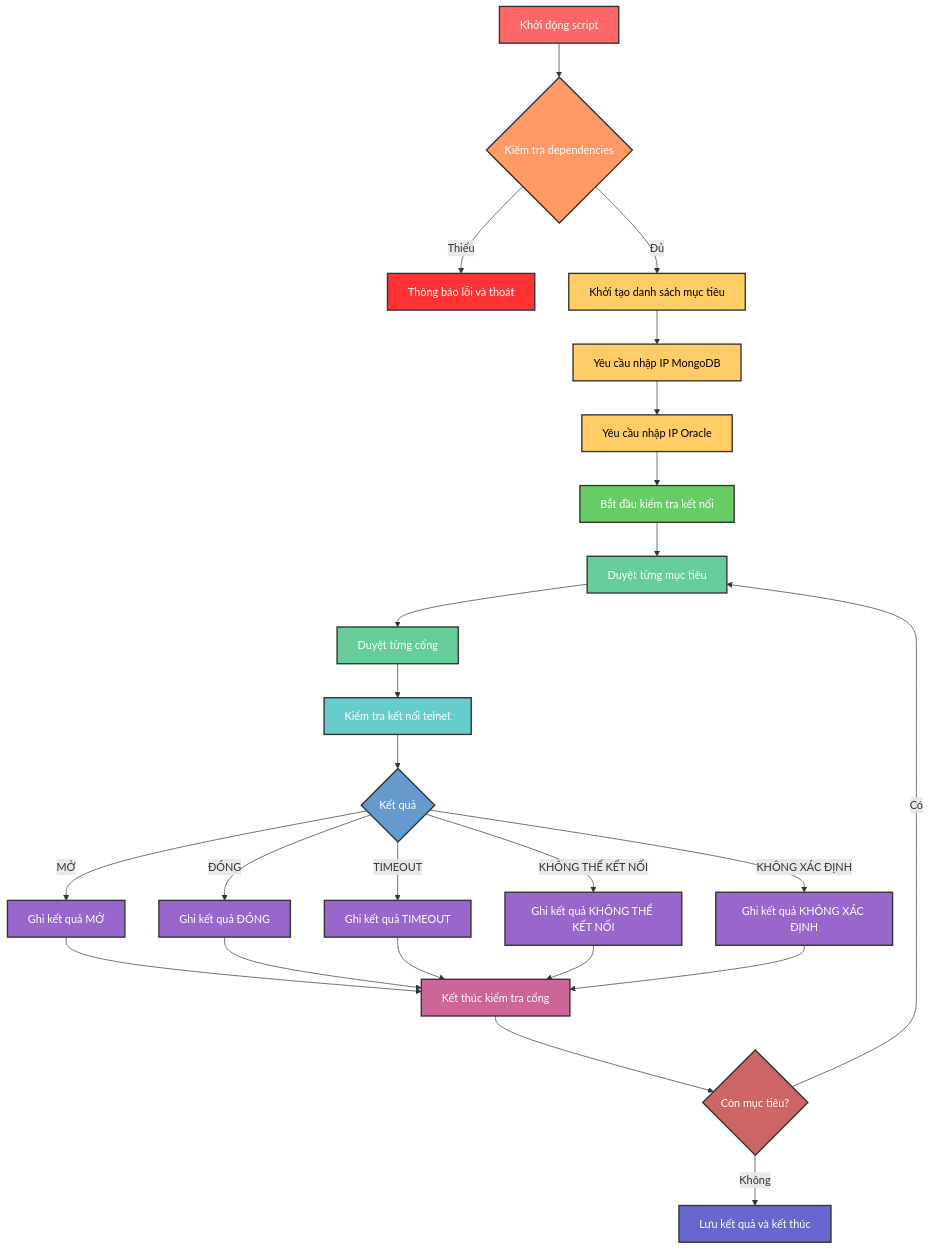
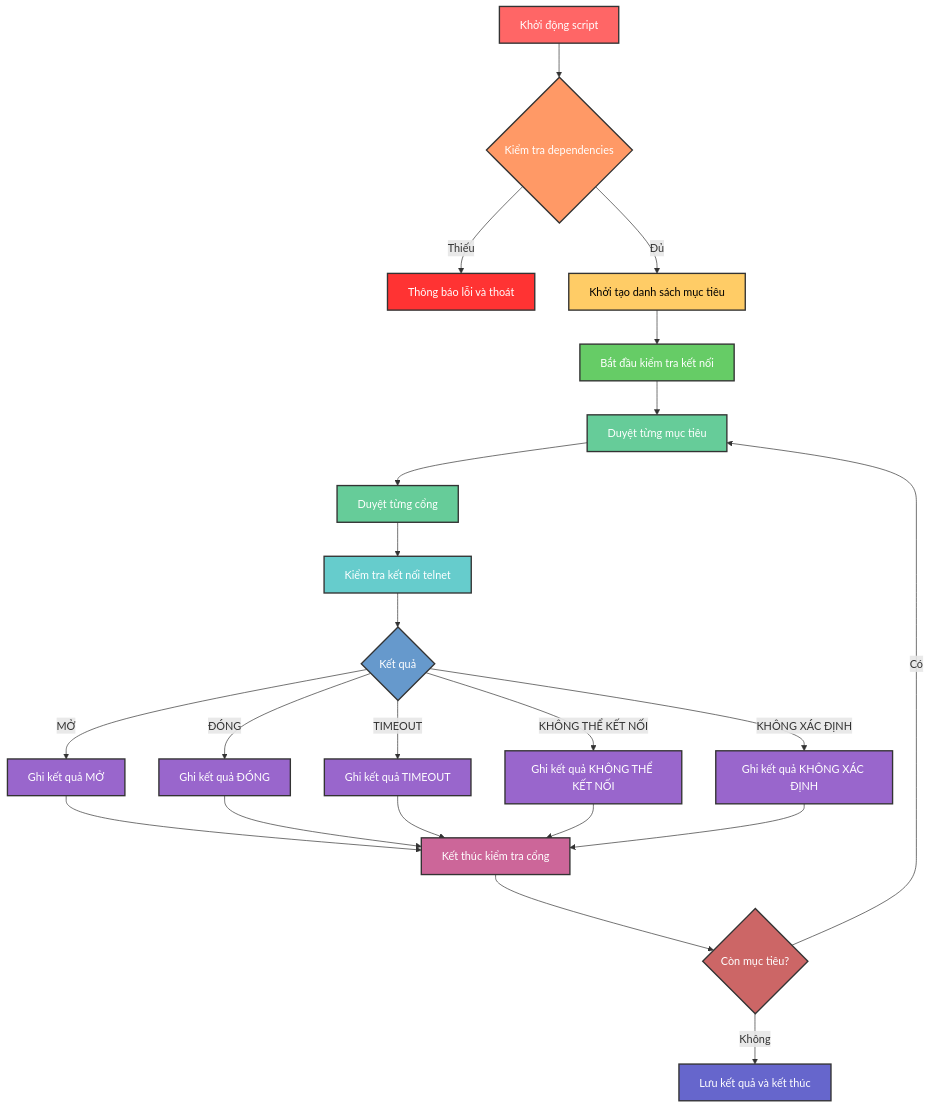
The sixth of 6 diagrams in Linux/check_connectivity.md (ngockhanhvd2812/DBA), drawn with Mermaid before and after one commit. The commit also changed other lines of this file, not shown here.

````diff
--- a/Linux/check_connectivity.md
+++ b/Linux/check_connectivity.md
@@ -152,46 +126,42 @@
 ```mermaid
 graph TD
     A[Khởi động script] --> B{Kiểm tra dependencies}
     B -->|Thiếu| C[Thông báo lỗi và thoát]
     B -->|Đủ| D[Khởi tạo danh sách mục tiêu]
-    D --> E[Yêu cầu nhập IP MongoDB]
-    E --> F[Yêu cầu nhập IP Oracle]
-    F --> G[Bắt đầu kiểm tra kết nối]
-    G --> H[Duyệt từng mục tiêu]
-    H --> I[Duyệt từng cổng]
-    I --> J[Kiểm tra kết nối telnet]
-    J --> K{Kết quả}
-    K -->|MỞ| L[Ghi kết quả MỞ]
-    K -->|ĐÓNG| M[Ghi kết quả ĐÓNG]
-    K -->|TIMEOUT| N[Ghi kết quả TIMEOUT]
-    K -->|KHÔNG THỂ KẾT NỐI| O[Ghi kết quả KHÔNG THỂ KẾT NỐI]
-    K -->|KHÔNG XÁC ĐỊNH| P[Ghi kết quả KHÔNG XÁC ĐỊNH]
-    L --> Q[Kết thúc kiểm tra cổng]
-    M --> Q
-    N --> Q
-    O --> Q
-    P --> Q
-    Q --> R{Còn mục tiêu?}
-    R -->|Có| H
-    R -->|Không| S[Lưu kết quả và kết thúc]
+    D --> E[Bắt đầu kiểm tra kết nối]
+    E --> F[Duyệt từng mục tiêu]
+    F --> G[Duyệt từng cổng]
+    G --> H[Kiểm tra kết nối telnet]
+    H --> I{Kết quả}
+    I -->|MỞ| J[Ghi kết quả MỞ]
+    I -->|ĐÓNG| K[Ghi kết quả ĐÓNG]
+    I -->|TIMEOUT| L[Ghi kết quả TIMEOUT]
+    I -->|KHÔNG THỂ KẾT NỐI| M[Ghi kết quả KHÔNG THỂ KẾT NỐI]
+    I -->|KHÔNG XÁC ĐỊNH| N[Ghi kết quả KHÔNG XÁC ĐỊNH]
+    J --> O[Kết thúc kiểm tra cổng]
+    K --> O
+    L --> O
+    M --> O
+    N --> O
+    O --> P{Còn mục tiêu?}
+    P -->|Có| F
+    P -->|Không| Q[Lưu kết quả và kết thúc]
     
     style A fill:#ff6666,stroke:#333,stroke-width:2px,color:#fff
     style B fill:#ff9966,stroke:#333,stroke-width:2px,color:#fff
     style C fill:#ff3333,stroke:#333,stroke-width:2px,color:#fff
     style D fill:#ffcc66,stroke:#333,stroke-width:2px,color:#000
-    style E fill:#ffcc66,stroke:#333,stroke-width:2px,color:#000
-    style F fill:#ffcc66,stroke:#333,stroke-width:2px,color:#000
-    style G fill:#66cc66,stroke:#333,stroke-width:2px,color:#fff
-    style H fill:#66cc99,stroke:#333,stroke-width:2px,color:#fff
-    style I fill:#66cc99,stroke:#333,stroke-width:2px,color:#fff
-    style J fill:#66cccc,stroke:#333,stroke-width:2px,color:#fff
-    style K fill:#6699cc,stroke:#333,stroke-width:2px,color:#fff
+    style E fill:#66cc66,stroke:#333,stroke-width:2px,color:#fff
+    style F fill:#66cc99,stroke:#333,stroke-width:2px,color:#fff
+    style G fill:#66cc99,stroke:#333,stroke-width:2px,color:#fff
+    style H fill:#66cccc,stroke:#333,stroke-width:2px,color:#fff
+    style I fill:#6699cc,stroke:#333,stroke-width:2px,color:#fff
+    style J fill:#9966cc,stroke:#333,stroke-width:2px,color:#fff
+    style K fill:#9966cc,stroke:#333,stroke-width:2px,color:#fff
     style L fill:#9966cc,stroke:#333,stroke-width:2px,color:#fff
     style M fill:#9966cc,stroke:#333,stroke-width:2px,color:#fff
     style N fill:#9966cc,stroke:#333,stroke-width:2px,color:#fff
-    style O fill:#9966cc,stroke:#333,stroke-width:2px,color:#fff
-    style P fill:#9966cc,stroke:#333,stroke-width:2px,color:#fff
-    style Q fill:#cc6699,stroke:#333,stroke-width:2px,color:#fff
-    style R fill:#cc6666,stroke:#333,stroke-width:2px,color:#fff
-    style S fill:#6666cc,stroke:#333,stroke-width:2px,color:#fff
+    style O fill:#cc6699,stroke:#333,stroke-width:2px,color:#fff
+    style P fill:#cc6666,stroke:#333,stroke-width:2px,color:#fff
+    style Q fill:#6666cc,stroke:#333,stroke-width:2px,color:#fff
 ```
````
